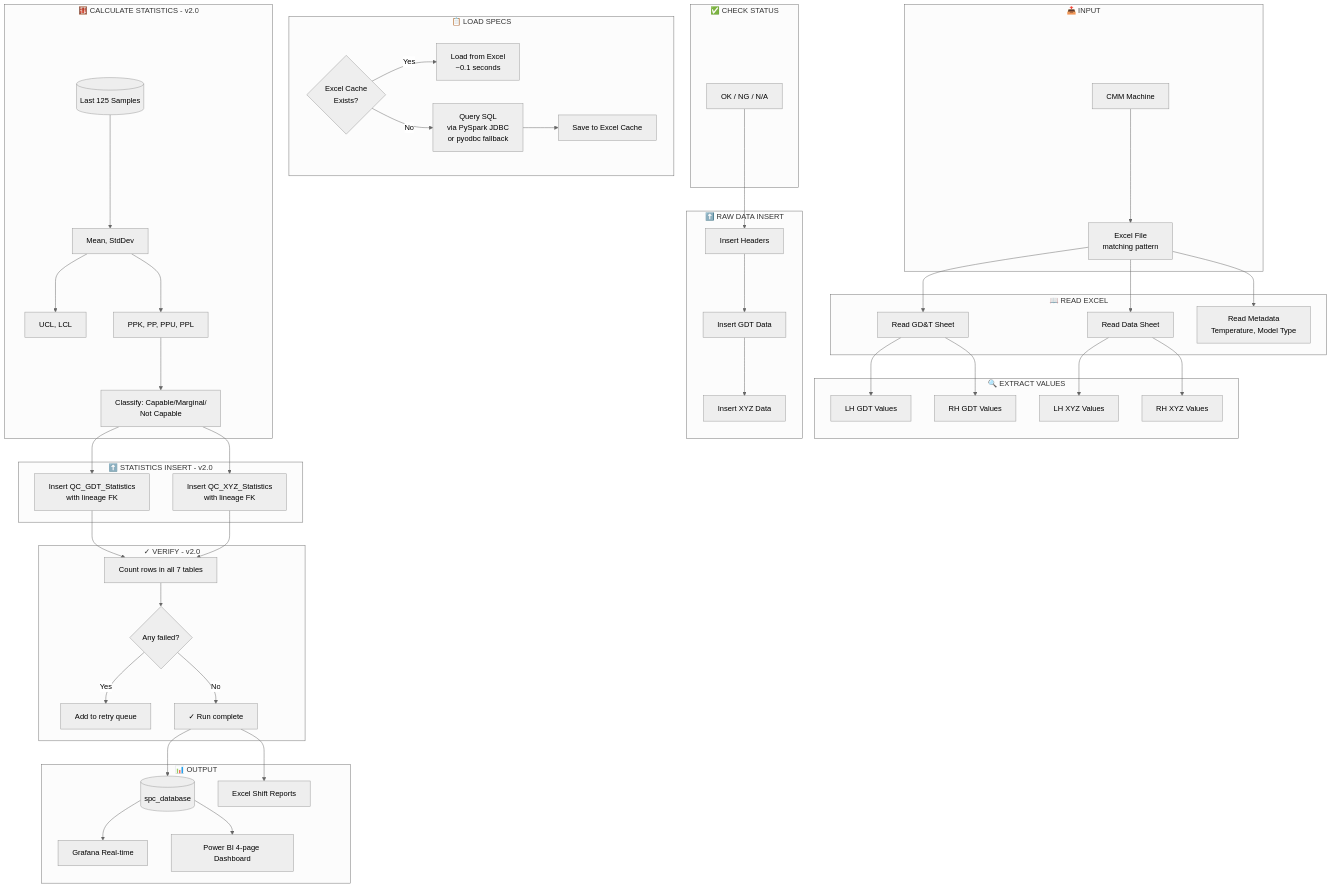
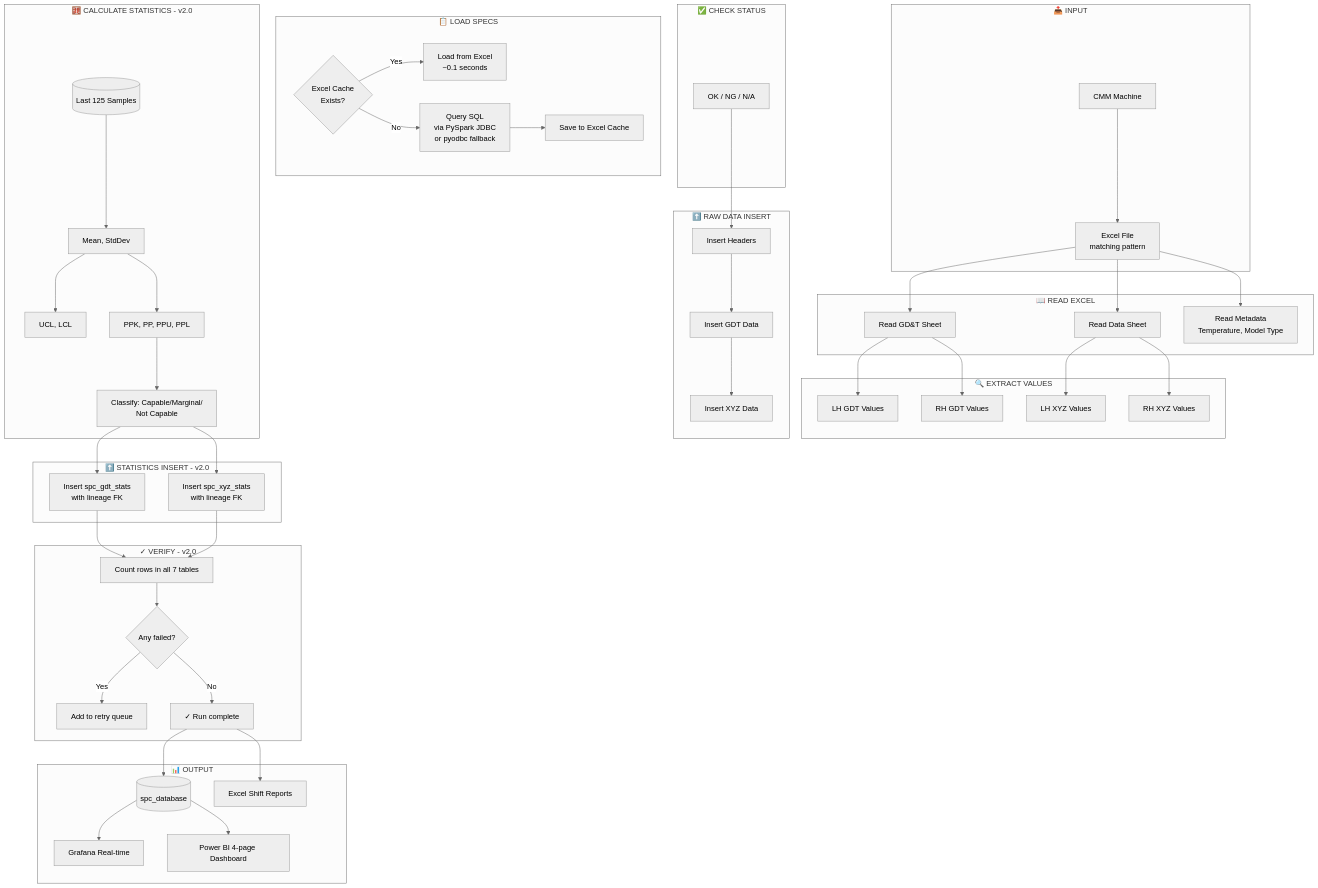
Before and after one commit to KSangmuang/SPC-Dashboard: the seventh of 12 diagrams in README.md, drawn with Mermaid (neutral theme). The commit also changed other lines of this file, not shown here.

````diff
--- a/README.md
+++ b/README.md
@@ -666,63 +841,63 @@
 ```mermaid
 flowchart TD
     subgraph INPUT["📥 INPUT"]
         CMM[CMM Machine] --> EXCEL[Excel File<br/>matching pattern]
     end
 
     subgraph READ["📖 READ EXCEL"]
         EXCEL --> GDT_READ[Read GD&T Sheet]
         EXCEL --> XYZ_READ[Read Data Sheet]
         EXCEL --> META[Read Metadata<br/>Temperature, Model Type]
     end
 
     subgraph EXTRACT["🔍 EXTRACT VALUES"]
         GDT_READ --> GDT_LH[LH GDT Values]
         GDT_READ --> GDT_RH[RH GDT Values]
         XYZ_READ --> XYZ_LH[LH XYZ Values]
         XYZ_READ --> XYZ_RH[RH XYZ Values]
     end
 
     subgraph SPECS["📋 LOAD SPECS"]
         CACHE{Excel Cache<br/>Exists?}
         CACHE -->|Yes| LOAD_EXCEL[Load from Excel<br/>~0.1 seconds]
         CACHE -->|No| LOAD_SQL[Query SQL<br/>via PySpark JDBC<br/>or pyodbc fallback]
         LOAD_SQL --> SAVE_CACHE[Save to Excel Cache]
     end
 
     subgraph STATUS["✅ CHECK STATUS"]
         STATUS_RESULT[OK / NG / N/A]
     end
 
     subgraph INSERT_RAW["⬆️ RAW DATA INSERT"]
         STATUS_RESULT --> INSERT_HEADER[Insert Headers]
         INSERT_HEADER --> INSERT_GDT[Insert GDT Data]
         INSERT_GDT --> INSERT_XYZ[Insert XYZ Data]
     end
 
     subgraph CALC["🧮 CALCULATE STATISTICS - v2.0"]
         DB_HIST[(Last 125 Samples)] --> CALC_STATS[Mean, StdDev]
         CALC_STATS --> CALC_LIMITS[UCL, LCL]
         CALC_STATS --> CALC_PPK[PPK, PP, PPU, PPL]
         CALC_PPK --> CLASSIFY[Classify: Capable/Marginal/<br/>Not Capable]
     end
 
     subgraph INSERT_STATS["⬆️ STATISTICS INSERT - v2.0"]
-        CLASSIFY --> INSERT_GSTATS[Insert QC_GDT_Statistics<br/>with lineage FK]
-        CLASSIFY --> INSERT_XSTATS[Insert QC_XYZ_Statistics<br/>with lineage FK]
+        CLASSIFY --> INSERT_GSTATS[Insert spc_gdt_stats<br/>with lineage FK]
+        CLASSIFY --> INSERT_XSTATS[Insert spc_xyz_stats<br/>with lineage FK]
     end
 
     subgraph VERIFY["✓ VERIFY - v2.0"]
         INSERT_GSTATS --> CHECK[Count rows in all 7 tables]
         INSERT_XSTATS --> CHECK
         CHECK --> RETRY{Any failed?}
         RETRY -->|Yes| QUEUE[Add to retry queue]
         RETRY -->|No| OK[✓ Run complete]
     end
 
     subgraph OUTPUT["📊 OUTPUT"]
         OK --> DB[(spc_database)]
         DB --> GRAFANA[Grafana Real-time]
         DB --> POWERBI[Power BI 4-page Dashboard]
         OK --> EXCEL_OUT[Excel Shift Reports]
     end
 ```
````
